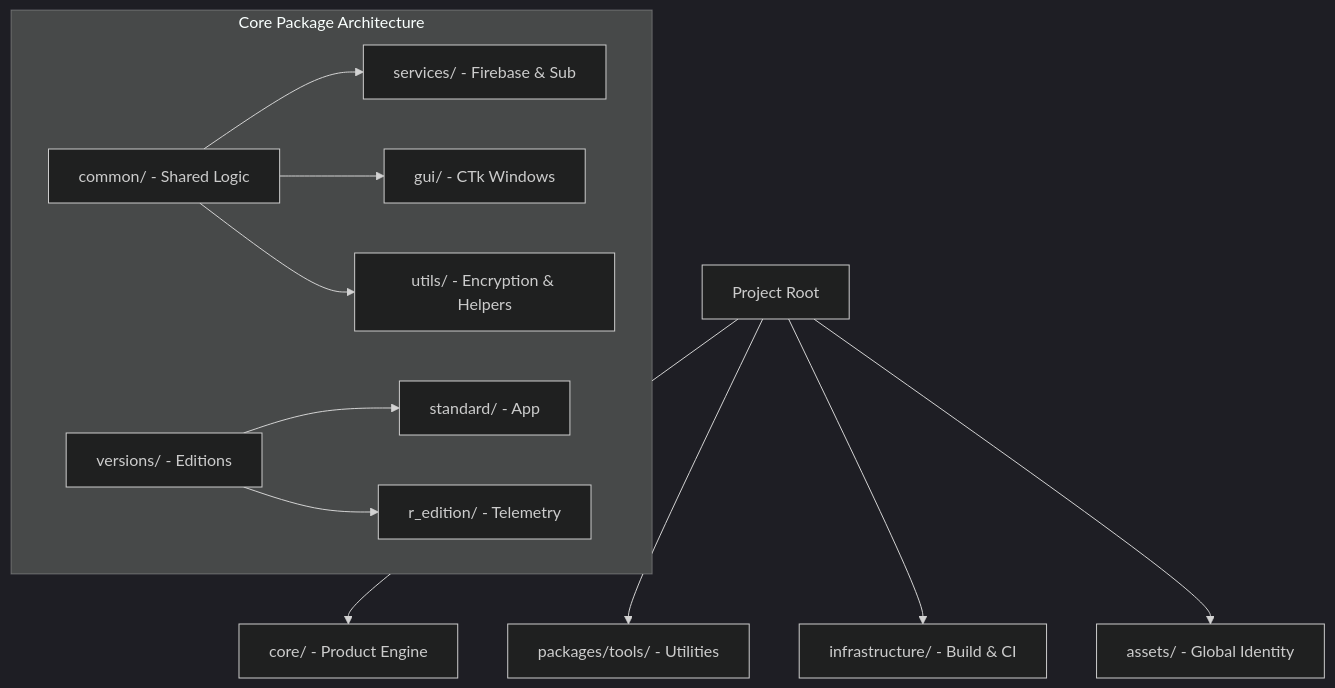
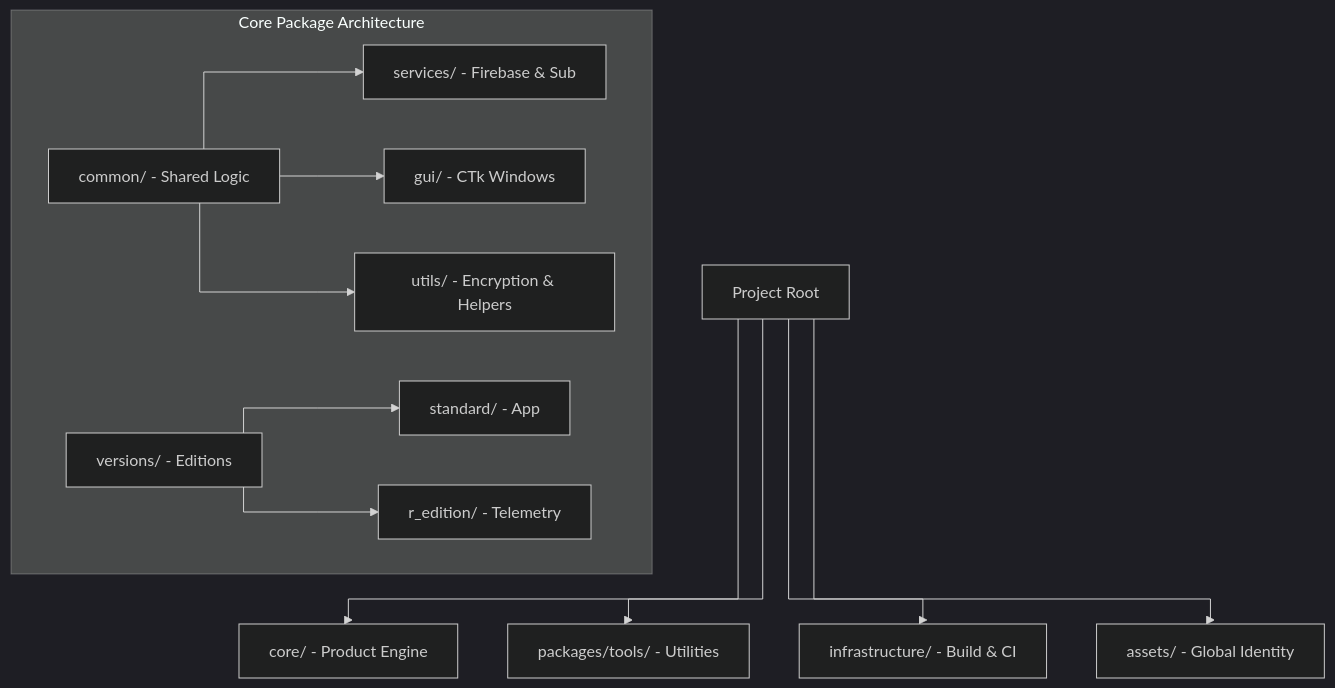
Before and after one commit to AhmadHassan-BTed/KodeArrow: the first of 3 diagrams in README.md, drawn with Mermaid (dark theme). The commit also changed other lines of this file and 1 other file, not shown here.

````diff
--- a/README.md
+++ b/README.md
@@ -72,15 +72,16 @@
 ```mermaid
+%%{init: {'flowchart': {'curve': 'stepBefore'}}}%%
 graph TD
     Root[Project Root] --> Core[core/ - Product Engine]
     Root --> Packages[packages/tools/ - Utilities]
     Root --> Infra[infrastructure/ - Build & CI]
     Root --> Assets[assets/ - Global Identity]
 
     subgraph "Core Package Architecture"
         Common[common/ - Shared Logic] --> Services[services/ - Firebase & Sub]
         Common --> GUI[gui/ - CTk Windows]
         Common --> Utils[utils/ - Encryption & Helpers]
         Versions[versions/ - Editions] --> Standard[standard/ - App]
         Versions --> REdition[r_edition/ - Telemetry]
     end
 ```
````
